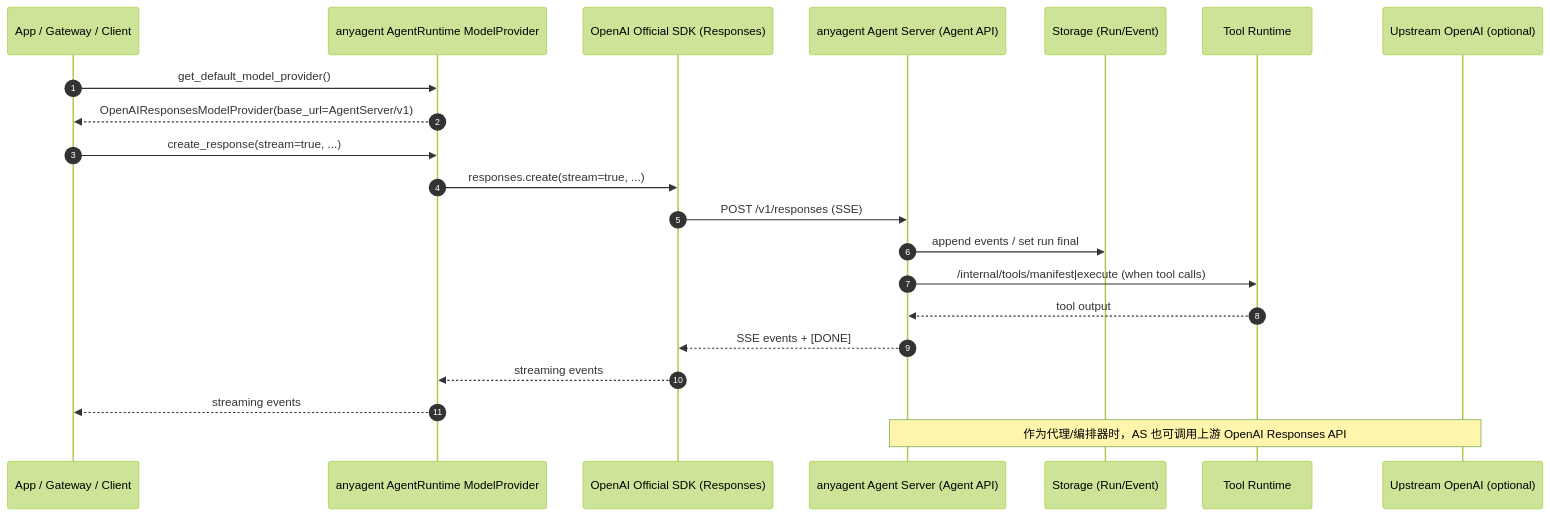
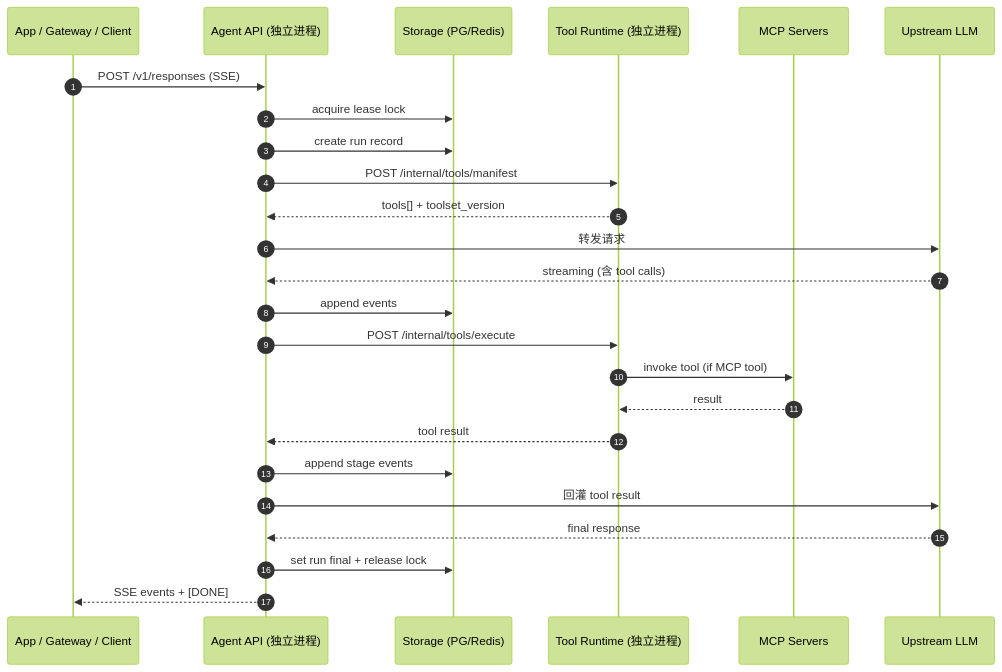
The second of 2 diagrams in docs/architecture/responses-api-sdk-and-server.md (komiyoo/anyagent), drawn with Mermaid (forest theme) before and after one commit. The commit also changed other lines of this file and 55 other files, not shown here.

````diff
--- a/docs/architecture/responses-api-sdk-and-server.md
+++ b/docs/architecture/responses-api-sdk-and-server.md
@@ -19,26 +71,31 @@
 ```mermaid
 sequenceDiagram
   autonumber
   participant App as App / Gateway / Client
-  participant SDK as anyagent AgentRuntime ModelProvider
-  participant OA as OpenAI Official SDK (Responses)
-  participant AS as anyagent Agent Server (Agent API)
-  participant ST as Storage (Run/Event)
-  participant TR as Tool Runtime
-  participant UO as Upstream OpenAI (optional)
+  participant AS as Agent API (独立进程)
+  participant ST as Storage (PG/Redis)
+  participant TR as Tool Runtime (独立进程)
+  participant MCP as MCP Servers
+  participant LLM as Upstream LLM
 
-  App->>SDK: get_default_model_provider()
-  SDK-->>App: OpenAIResponsesModelProvider(base_url=AgentServer/v1)
+  App->>AS: POST /v1/responses (SSE)
+  AS->>ST: acquire lease lock
+  AS->>ST: create run record
+  AS->>TR: POST /internal/tools/manifest
+  TR-->>AS: tools[] + toolset_version
 
-  App->>SDK: create_response(stream=true, ...)
-  SDK->>OA: responses.create(stream=true, ...)
-  OA->>AS: POST /v1/responses (SSE)
-  AS->>ST: append events / set run final
-  AS->>TR: /internal/tools/manifest|execute (when tool calls)
-  TR-->>AS: tool output
-  AS-->>OA: SSE events + [DONE]
-  OA-->>SDK: streaming events
-  SDK-->>App: streaming events
+  AS->>LLM: 转发请求
+  LLM-->>AS: streaming (含 tool calls)
+  AS->>ST: append events
 
-  Note over AS,UO: 作为代理/编排器时，AS 也可调用上游 OpenAI Responses API
+  AS->>TR: POST /internal/tools/execute
+  TR->>MCP: invoke tool (if MCP tool)
+  MCP-->>TR: result
+  TR-->>AS: tool result
+  AS->>ST: append stage events
+
+  AS->>LLM: 回灌 tool result
+  LLM-->>AS: final response
+  AS->>ST: set run final + release lock
+  AS-->>App: SSE events + [DONE]
 ```
````
